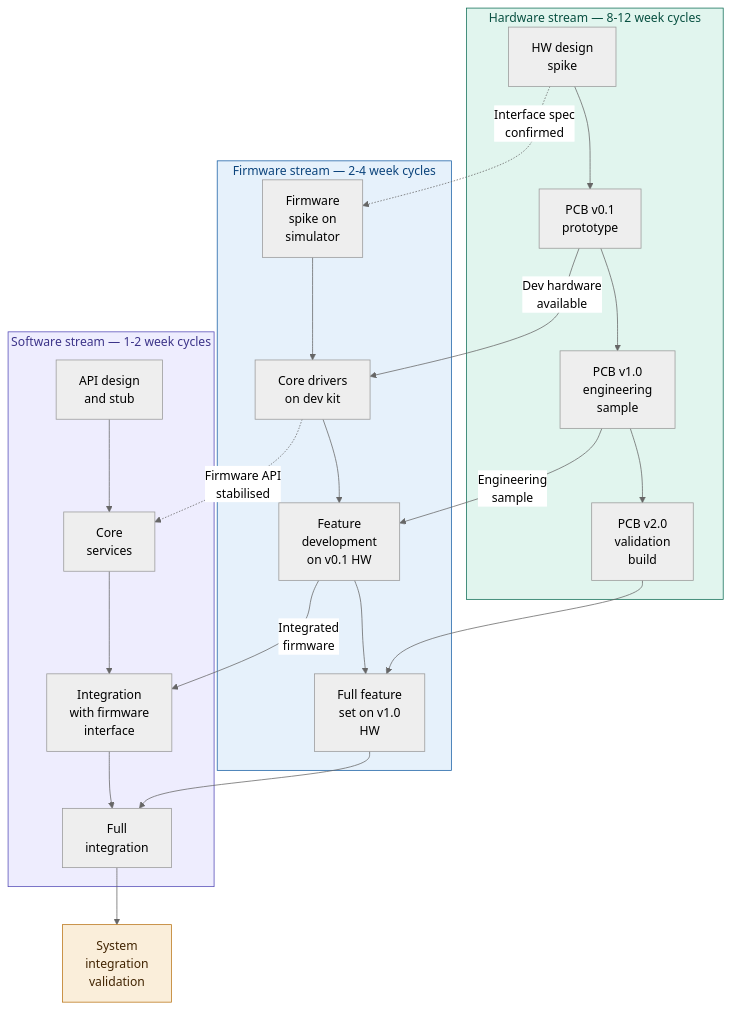
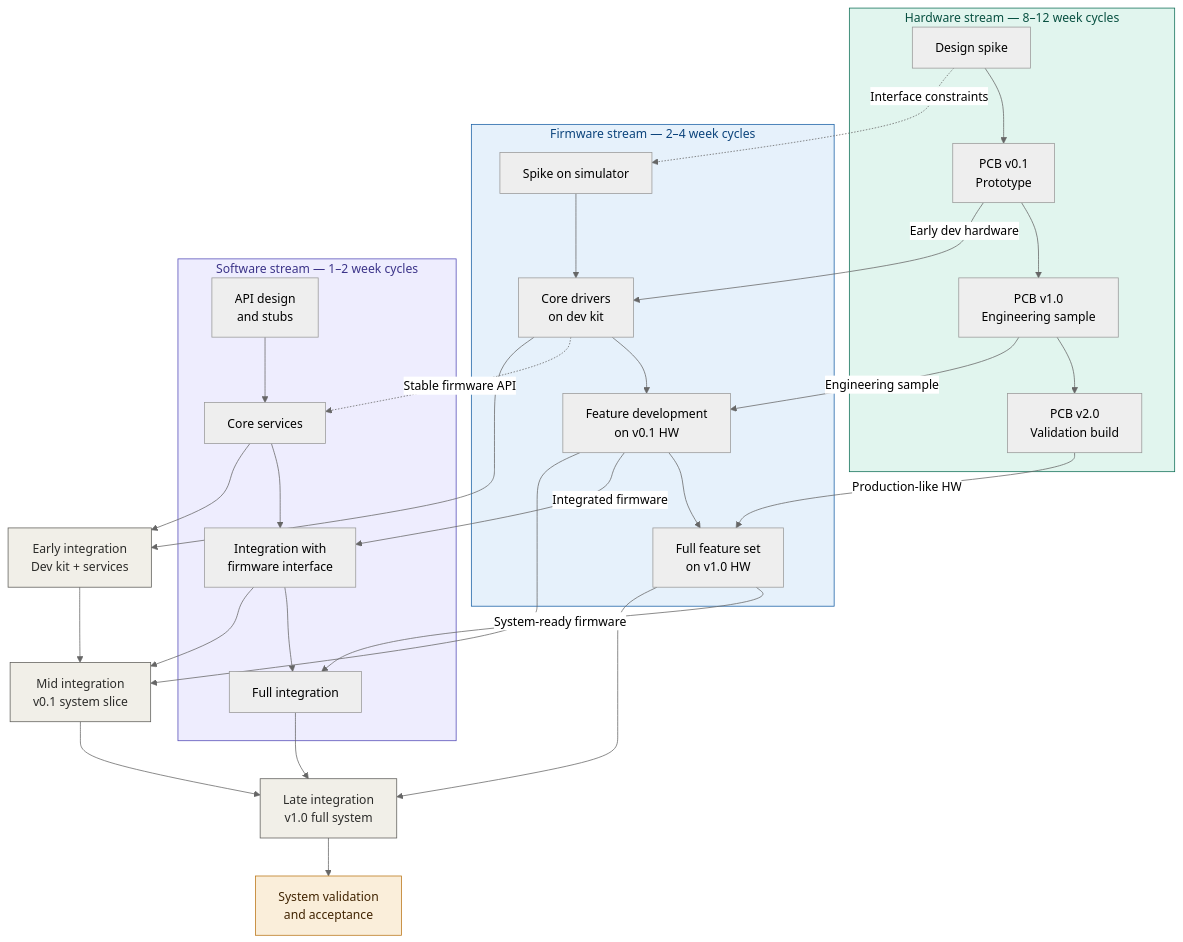
One commit to markbac/docs-WoW changed the second of 3 diagrams in docs/ways-of-working/firmitas2/07_part_2/chapters/14_the_delivery_model.md. Above: the diagram before and after it, drawn with Mermaid (neutral theme). The commit also changed other lines of this file and 30 other files, not shown here.

````diff
--- a/docs/ways-of-working/firmitas2/07_part_2/chapters/14_the_delivery_model.md
+++ b/docs/ways-of-working/firmitas2/07_part_2/chapters/14_the_delivery_model.md
@@ -143,28 +136,51 @@
 ```mermaid
 flowchart TD
-    subgraph hw["Hardware stream — 8-12 week cycles"]
-        H1["HW design\nspike"] --> H2["PCB v0.1\nprototype"] --> H3["PCB v1.0\nengineering\nsample"] --> H4["PCB v2.0\nvalidation\nbuild"]
+    %% Streams
+    subgraph hw["Hardware stream — 8–12 week cycles"]
+        H1["Design spike"] --> H2["PCB v0.1<br>Prototype"]
+        H2 --> H3["PCB v1.0<br>Engineering sample"]
+        H3 --> H4["PCB v2.0<br>Validation build"]
     end
 
-    subgraph fw["Firmware stream — 2-4 week cycles"]
-        F1["Firmware\nspike on\nsimulator"] --> F2["Core drivers\non dev kit"] --> F3["Feature\ndevelopment\non v0.1 HW"] --> F4["Full feature\nset on v1.0\nHW"]
+    subgraph fw["Firmware stream — 2–4 week cycles"]
+        F1["Spike on simulator"] --> F2["Core drivers<br>on dev kit"]
+        F2 --> F3["Feature development<br>on v0.1 HW"]
+        F3 --> F4["Full feature set<br>on v1.0 HW"]
     end
 
-    subgraph sw["Software stream — 1-2 week cycles"]
-        S1["API design\nand stub"] --> S2["Core\nservices"] --> S3["Integration\nwith firmware\ninterface"] --> S4["Full\nintegration"]
+    subgraph sw["Software stream — 1–2 week cycles"]
+        S1["API design<br>and stubs"] --> S2["Core services"]
+        S2 --> S3["Integration with<br>firmware interface"]
+        S3 --> S4["Full integration"]
     end
 
-    H1 -.->|"Interface spec\nconfirmed"| F1
-    H2 -->|"Dev hardware\navailable"| F2
-    F2 -.->|"Firmware API\nstabilised"| S2
-    H3 -->|"Engineering\nsample"| F3
-    F3 -->|"Integrated\nfirmware"| S3
-    H4 --> F4
-    F4 --> S4
-    S4 --> INT["System\nintegration\nvalidation"]
+    %% Enablers (not just handoffs)
+    H1 -.->|"Interface constraints"| F1
+    H2 -->|"Early dev hardware"| F2
+    F2 -.->|"Stable firmware API"| S2
+    H3 -->|"Engineering sample"| F3
+    F3 -->|"Integrated firmware"| S3
+    H4 -->|"Production-like HW"| F4
+    F4 -->|"System-ready firmware"| S4
 
+    %% Progressive integration (key improvement)
+    F2 --> INT1["Early integration<br>Dev kit + services"]
+    F3 --> INT2["Mid integration<br>v0.1 system slice"]
+    F4 --> INT3["Late integration<br>v1.0 full system"]
+
+    S2 --> INT1
+    S3 --> INT2
+    S4 --> INT3
+
+    INT1 --> INT2 --> INT3 --> INT["System validation<br>and acceptance"]
+
+    %% Styling
     style hw fill:#E1F5EE,stroke:#0F6E56,color:#085041
     style fw fill:#E6F1FB,stroke:#185FA5,color:#0C447C
     style sw fill:#EEEDFE,stroke:#534AB7,color:#3C3489
+
+    style INT1 fill:#F1EFE8,stroke:#5F5E5A,color:#2C2C2A
+    style INT2 fill:#F1EFE8,stroke:#5F5E5A,color:#2C2C2A
+    style INT3 fill:#F1EFE8,stroke:#5F5E5A,color:#2C2C2A
     style INT fill:#FAEEDA,stroke:#BA7517,color:#412402
 ```
````
